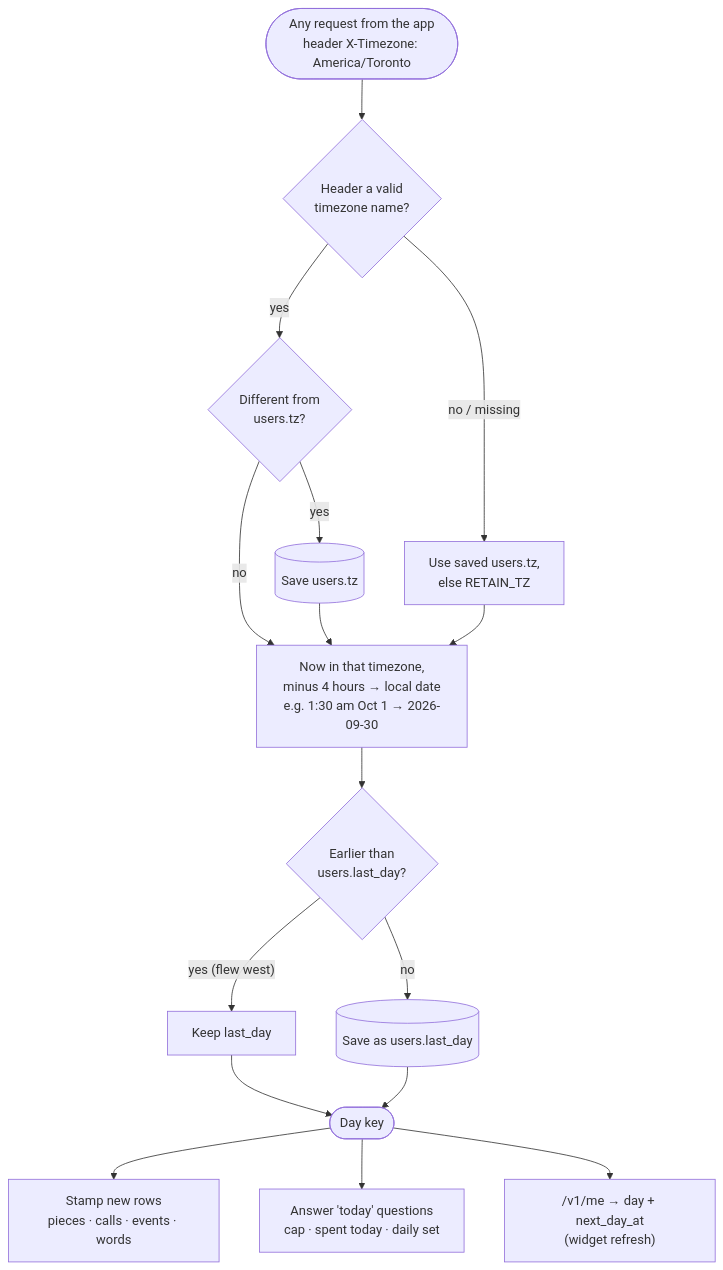
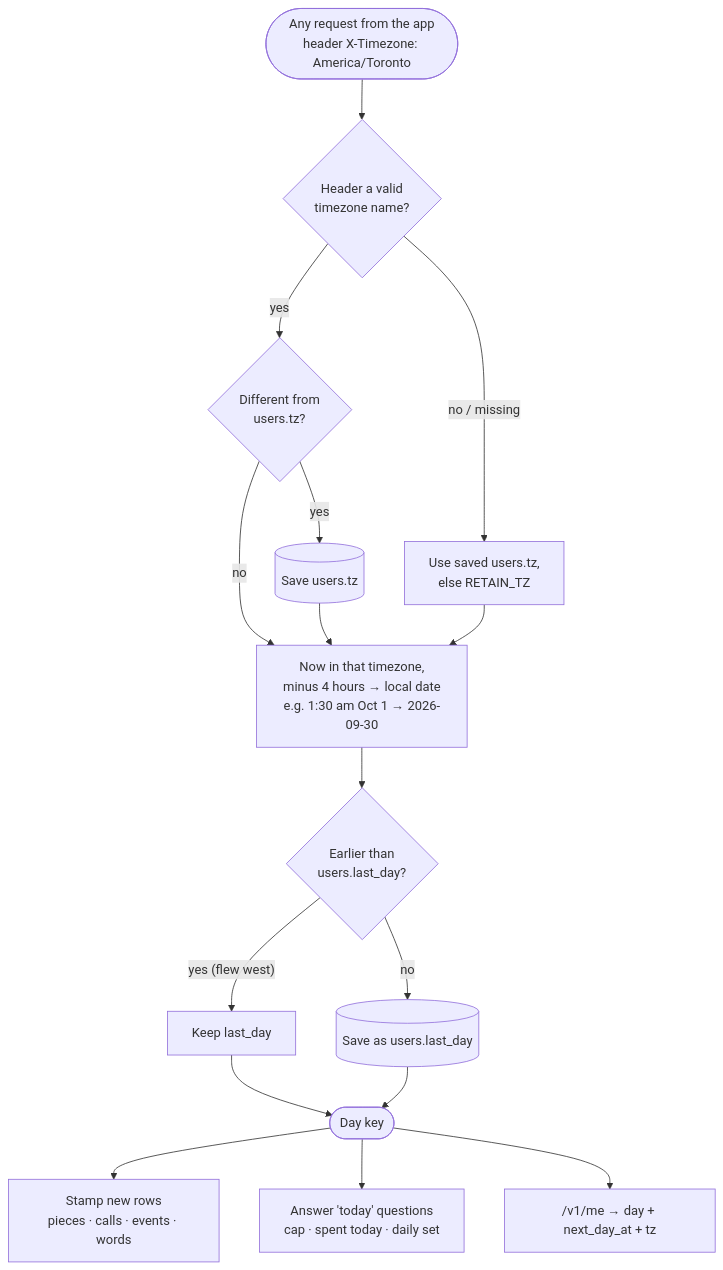
One commit to nurgazik/RetAIn changed the diagram in diagrams/user-day.md. Above: the diagram before and after it, drawn with Mermaid. The commit also changed other lines of this file and 14 other files, not shown here.

Commit message:
TD-19 (D51): the user's day — X-Timezone, 4 am start, day key on every row, widget switches at 4 am

````diff
--- a/diagrams/user-day.md
+++ b/diagrams/user-day.md
@@ -6,18 +6,18 @@
 ```mermaid
 flowchart TD
     A([Any request from the app<br/>header X-Timezone: America/Toronto]) --> B{Header a valid<br/>timezone name?}
     B -- yes --> C{Different from<br/>users.tz?}
     C -- yes --> S[("Save users.tz")]
     C -- no --> T
     S --> T
     B -- "no / missing" --> F["Use saved users.tz,<br/>else RETAIN_TZ"]
     F --> T["Now in that timezone,<br/>minus 4 hours → local date<br/>e.g. 1:30 am Oct 1 → 2026-09-30"]
     T --> M{"Earlier than<br/>users.last_day?"}
     M -- "yes (flew west)" --> K["Keep last_day"]
     M -- no --> N[("Save as users.last_day")]
     K --> D([Day key])
     N --> D
     D --> W["Stamp new rows<br/>pieces · calls · events · words"]
     D --> Q["Answer 'today' questions<br/>cap · spent today · daily set"]
-    D --> R["/v1/me → day + next_day_at<br/>(widget refresh)"]
+    D --> R["/v1/me → day + next_day_at + tz"]
 ```
````
